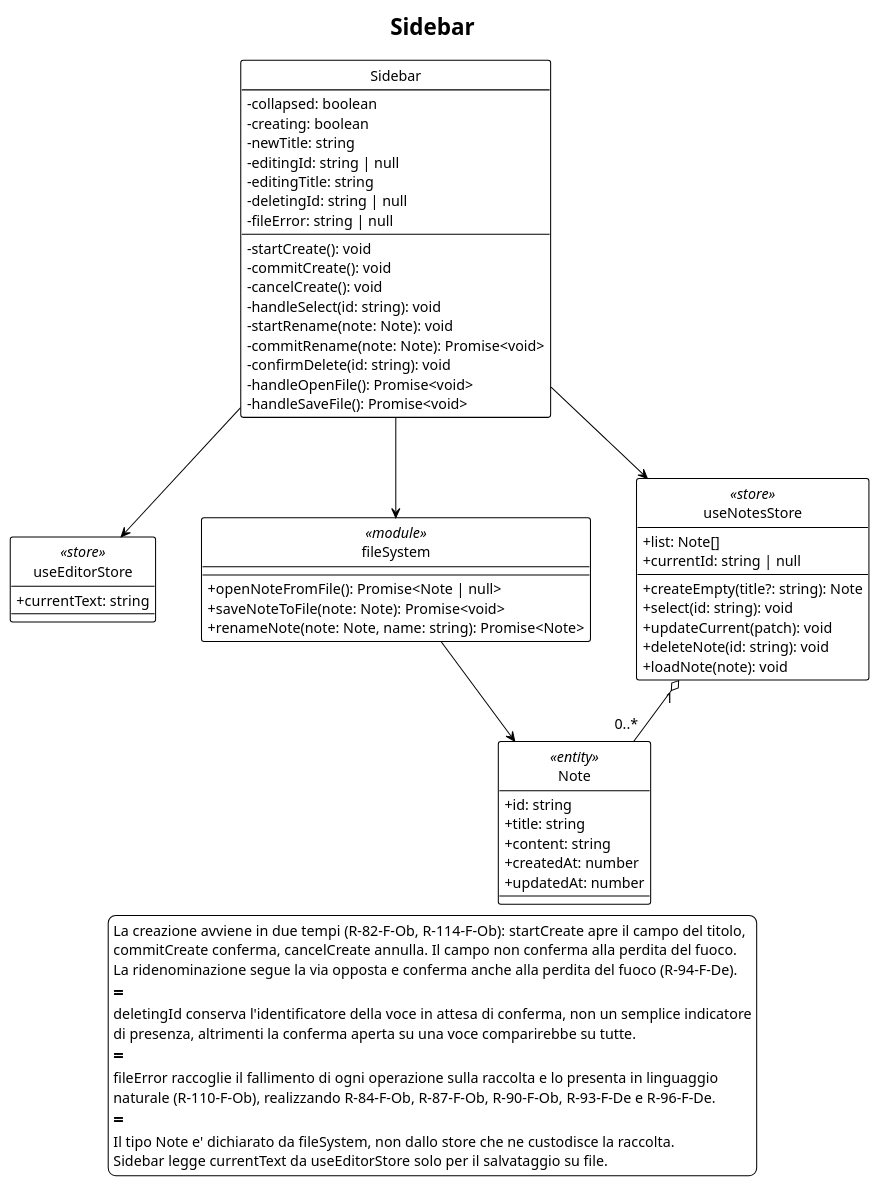
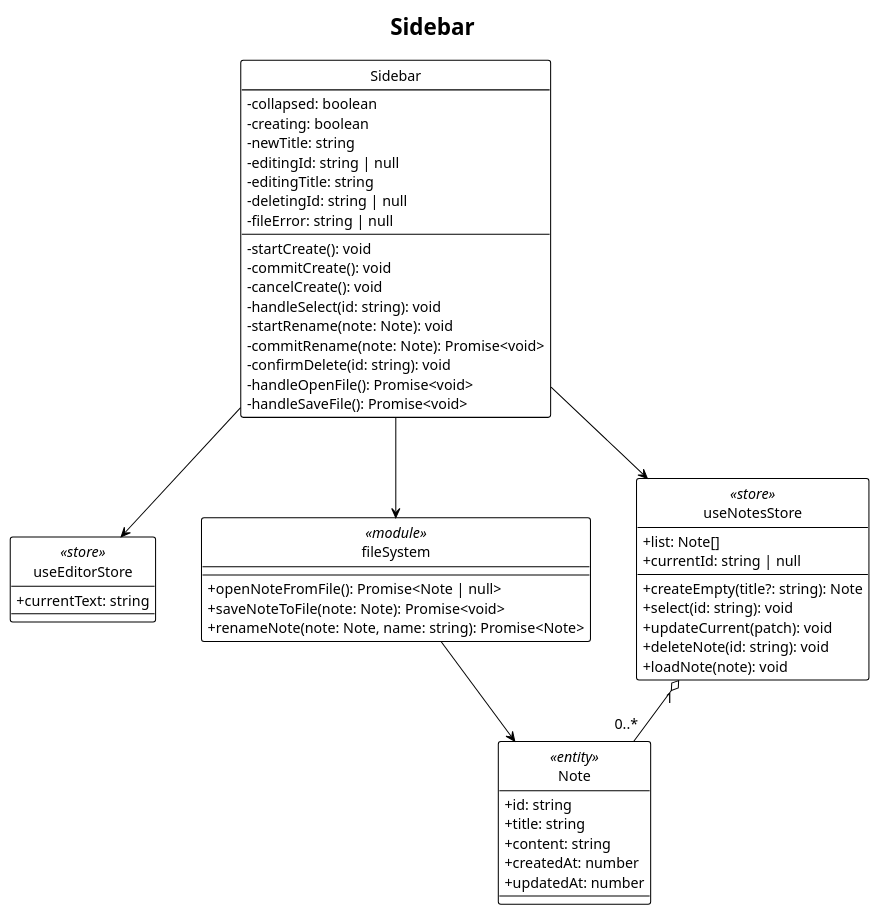
Before and after one commit to thebitless-group-swe/thebitless.github.io: the diagram in PB/doc_esterna/specifica_tecnica/assets/plantuml/UML3.3.2-1.puml, drawn with PlantUML. The commit also changed 35 other files, not shown here.

```diff
--- a/PB/doc_esterna/specifica_tecnica/assets/plantuml/UML3.3.2-1.puml
+++ b/PB/doc_esterna/specifica_tecnica/assets/plantuml/UML3.3.2-1.puml
@@ -1,86 +1,71 @@
 @startuml
 !theme plain
 hide circle
 skinparam classAttributeIconSize 0
 skinparam shadowing false
 skinparam nodesep 45
 skinparam ranksep 60
 skinparam defaultFontSize 14
 
 title Sidebar
 
 top to bottom direction
 
 class Sidebar {
   - collapsed: boolean
   - creating: boolean
   - newTitle: string
   - editingId: string | null
   - editingTitle: string
   - deletingId: string | null
   - fileError: string | null
   __
   - startCreate(): void
   - commitCreate(): void
   - cancelCreate(): void
   - handleSelect(id: string): void
   - startRename(note: Note): void
   - commitRename(note: Note): Promise<void>
   - confirmDelete(id: string): void
   - handleOpenFile(): Promise<void>
   - handleSaveFile(): Promise<void>
 }
 
 class useNotesStore <<store>> {
   + list: Note[]
   + currentId: string | null
   __
   + createEmpty(title?: string): Note
   + select(id: string): void
   + updateCurrent(patch): void
   + deleteNote(id: string): void
   + loadNote(note): void
 }
 
 class useEditorStore <<store>> {
   + currentText: string
 }
 
 class fileSystem <<module>> {
   + openNoteFromFile(): Promise<Note | null>
   + saveNoteToFile(note: Note): Promise<void>
   + renameNote(note: Note, name: string): Promise<Note>
 }
 
 class Note <<entity>> {
   + id: string
   + title: string
   + content: string
   + createdAt: number
   + updatedAt: number
 }
 
 Sidebar --> useNotesStore
 Sidebar --> useEditorStore
 Sidebar --> fileSystem
 useNotesStore "1" o-- "0..*" Note
 fileSystem --> Note
 
 useEditorStore -[hidden]right- fileSystem
 
-legend bottom
-  La creazione avviene in due tempi (R-82-F-Ob, R-114-F-Ob): startCreate apre il campo del titolo,
-  commitCreate conferma, cancelCreate annulla. Il campo non conferma alla perdita del fuoco.
-  La ridenominazione segue la via opposta e conferma anche alla perdita del fuoco (R-94-F-De).
-  ==
-  deletingId conserva l'identificatore della voce in attesa di conferma, non un semplice indicatore
-  di presenza, altrimenti la conferma aperta su una voce comparirebbe su tutte.
-  ==
-  fileError raccoglie il fallimento di ogni operazione sulla raccolta e lo presenta in linguaggio
-  naturale (R-110-F-Ob), realizzando R-84-F-Ob, R-87-F-Ob, R-90-F-Ob, R-93-F-De e R-96-F-De.
-  ==
-  Il tipo Note e' dichiarato da fileSystem, non dallo store che ne custodisce la raccolta.
-  Sidebar legge currentText da useEditorStore solo per il salvataggio su file.
-endlegend
-
 @enduml
```
